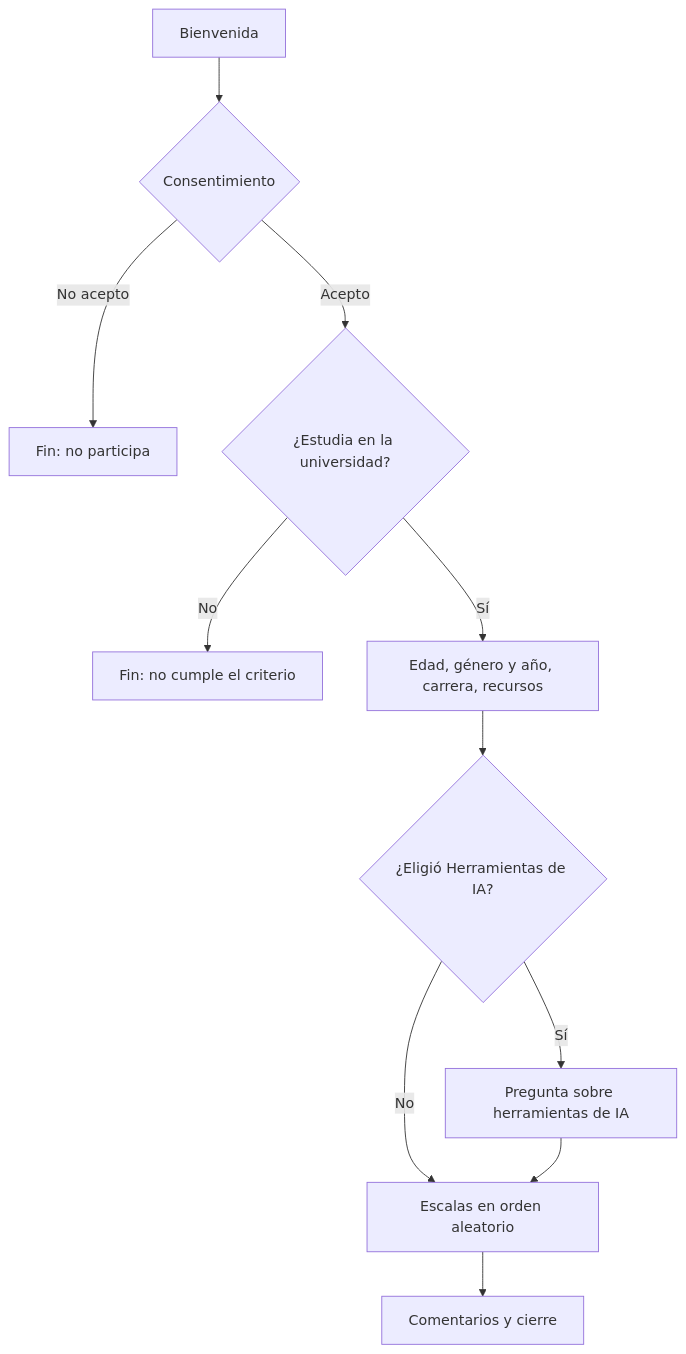
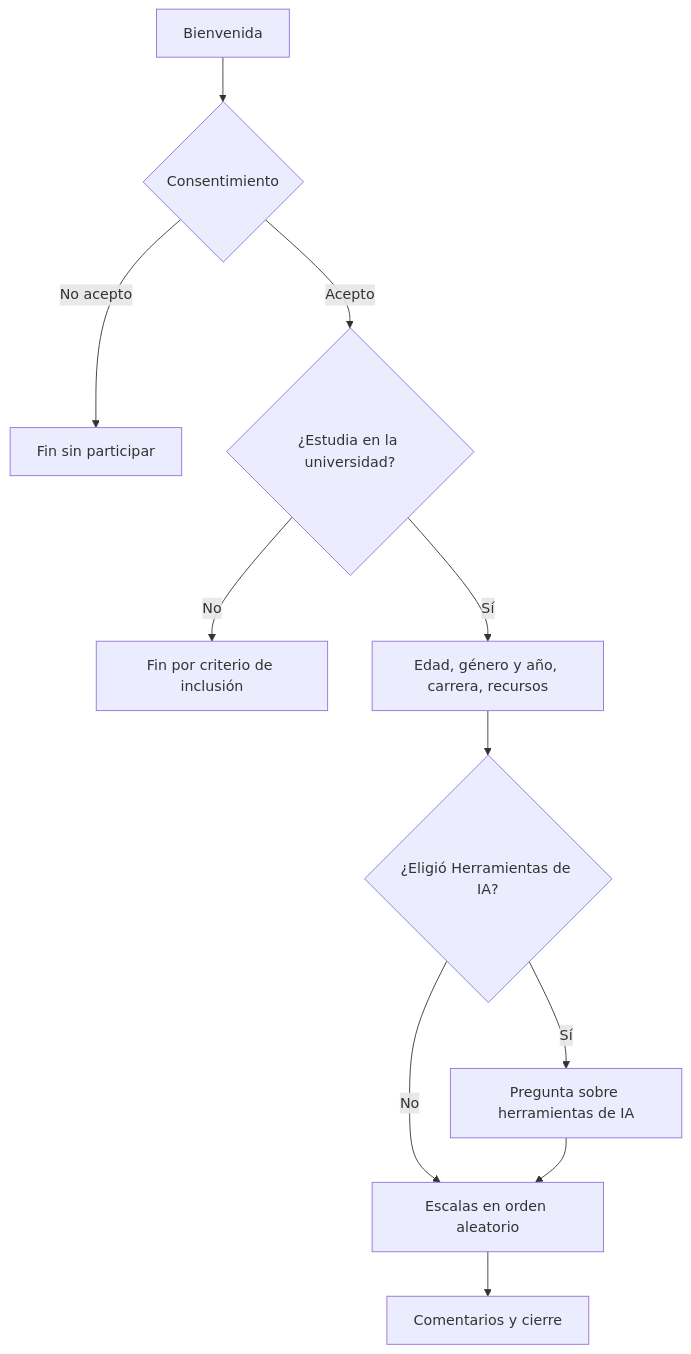
One commit to toninif/libro-cursoIA-jsPsych changed the diagram in part-4/18-logica-condicional.qmd. Above: the diagram before and after it, drawn with Mermaid. The commit also changed other lines of this file and 5 other files, not shown here.

````diff
--- a/part-4/18-logica-condicional.qmd
+++ b/part-4/18-logica-condicional.qmd
@@ -66,14 +66,14 @@
 ```{mermaid}
 %%| fig-cap: "Recorridos posibles del estudio con las tres reglas condicionales."
 flowchart TD
   B[Bienvenida] --> C{Consentimiento}
-  C -->|No acepto| F1[Fin: no participa]
+  C -->|No acepto| F1[Fin sin participar]
   C -->|Acepto| E{¿Estudia en la universidad?}
-  E -->|No| F2[Fin: no cumple el criterio]
+  E -->|No| F2[Fin por criterio de inclusión]
   E -->|Sí| D[Edad, género y año, carrera, recursos]
   D --> R{¿Eligió Herramientas de IA?}
   R -->|Sí| IA[Pregunta sobre herramientas de IA]
   R -->|No| S[Escalas en orden aleatorio]
   IA --> S
   S --> K[Comentarios y cierre]
 ```
````
